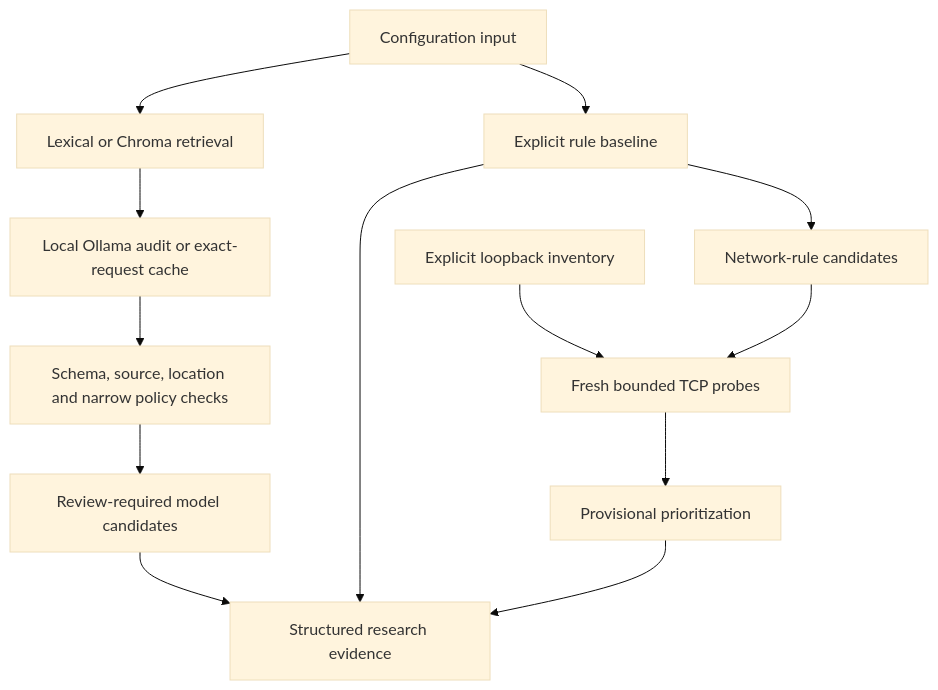
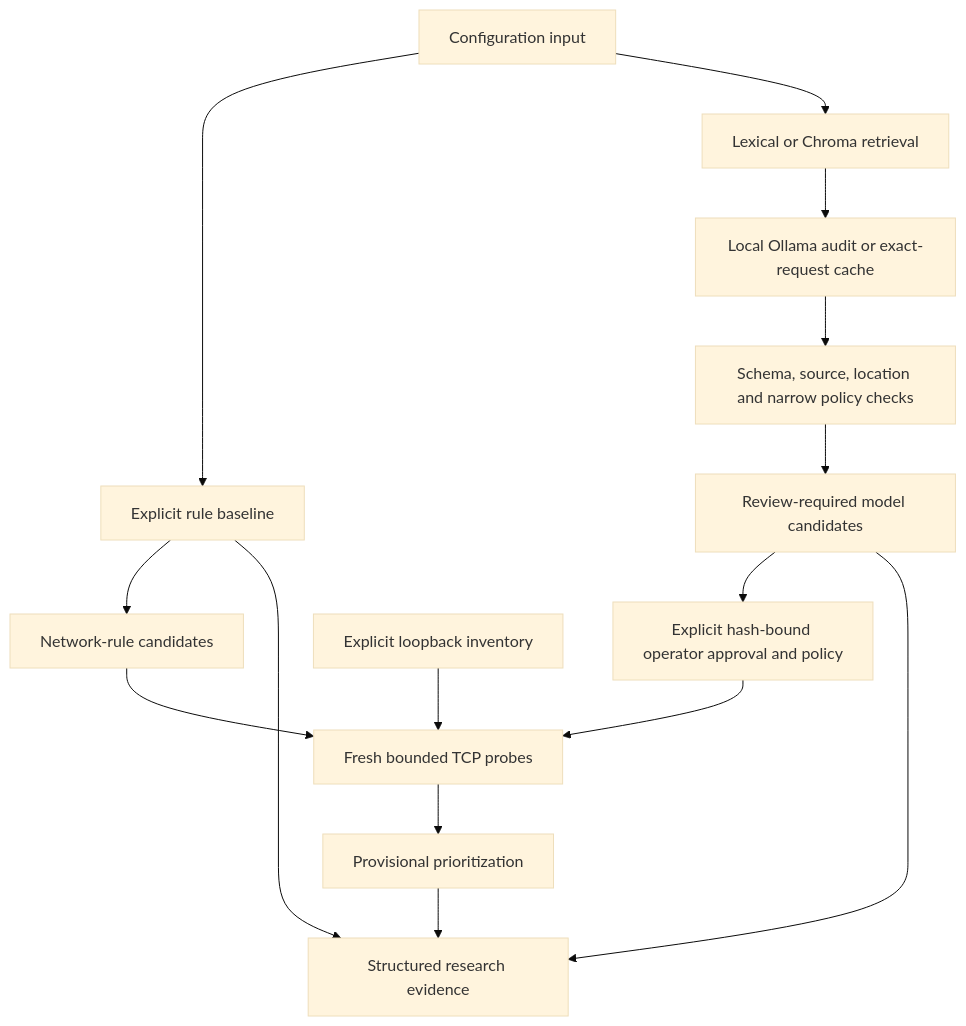
Before and after one commit to ManishPatil2005/active-cloud-guard-honors: the diagram in README.md, drawn with Mermaid (base theme). The commit also changed other lines of this file and 23 other files, not shown here.

Commit message:
feat: refine Engine 1 with policy-bound reviewed verification

````diff
--- a/README.md
+++ b/README.md
@@ -42,15 +44,17 @@
 ```mermaid
 flowchart TD
     A[Configuration input] --> B[Explicit rule baseline]
     A --> C[Lexical or Chroma retrieval]
     C --> D[Local Ollama audit or exact-request cache]
     D --> E[Schema, source, location and narrow policy checks]
     E --> F[Review-required model candidates]
+    F --> L[Explicit hash-bound operator approval and policy]
+    L --> I
     B --> G[Network-rule candidates]
     H[Explicit loopback inventory] --> I[Fresh bounded TCP probes]
     G --> I
     I --> J[Provisional prioritization]
     B --> K[Structured research evidence]
     F --> K
     J --> K
 ```
````
